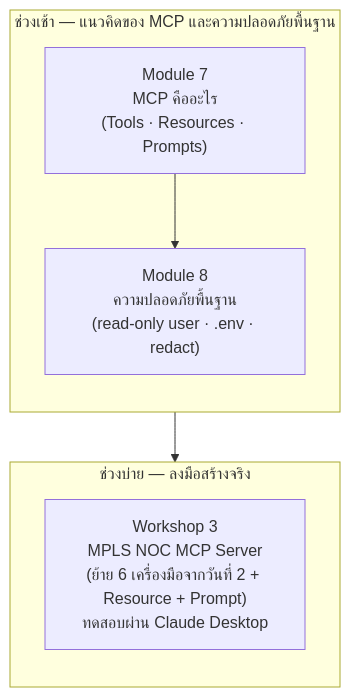
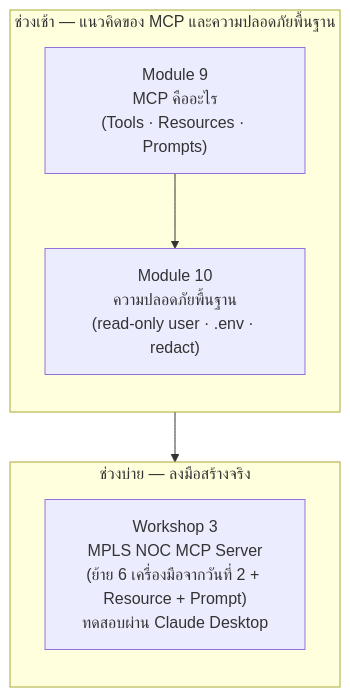
One commit to LLM-CE-KMITL/mcp-workshop changed the diagram in INSTRUCTIONS/day3/00-day3-overview.md. Above: the diagram before and after it, drawn with Mermaid. The commit also changed other lines of this file and 11 other files, not shown here.

````diff
--- a/INSTRUCTIONS/day3/00-day3-overview.md
+++ b/INSTRUCTIONS/day3/00-day3-overview.md
@@ -9,14 +9,14 @@
 ```mermaid
 flowchart TD
     subgraph M["ช่วงเช้า — แนวคิดของ MCP และความปลอดภัยพื้นฐาน"]
         direction TB
-        M1["Module 7<br/>MCP คืออะไร<br/>(Tools · Resources · Prompts)"] --> M2["Module 8<br/>ความปลอดภัยพื้นฐาน<br/>(read-only user · .env · redact)"]
+        M1["Module 9<br/>MCP คืออะไร<br/>(Tools · Resources · Prompts)"] --> M2["Module 10<br/>ความปลอดภัยพื้นฐาน<br/>(read-only user · .env · redact)"]
     end
 
     M2 --> A
 
     subgraph A["ช่วงบ่าย — ลงมือสร้างจริง"]
         direction TB
         A1["Workshop 3<br/>MPLS NOC MCP Server<br/>(ย้าย 6 เครื่องมือจากวันที่ 2 + Resource + Prompt)<br/>ทดสอบผ่าน Claude Desktop"]
     end
 ```
````
